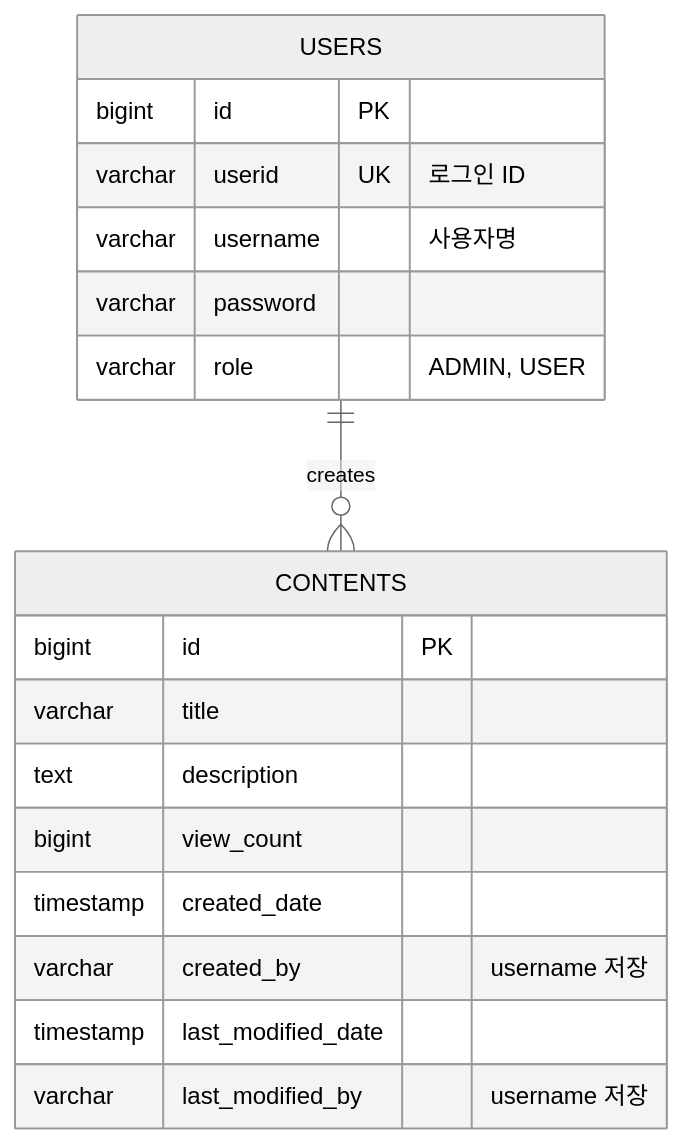
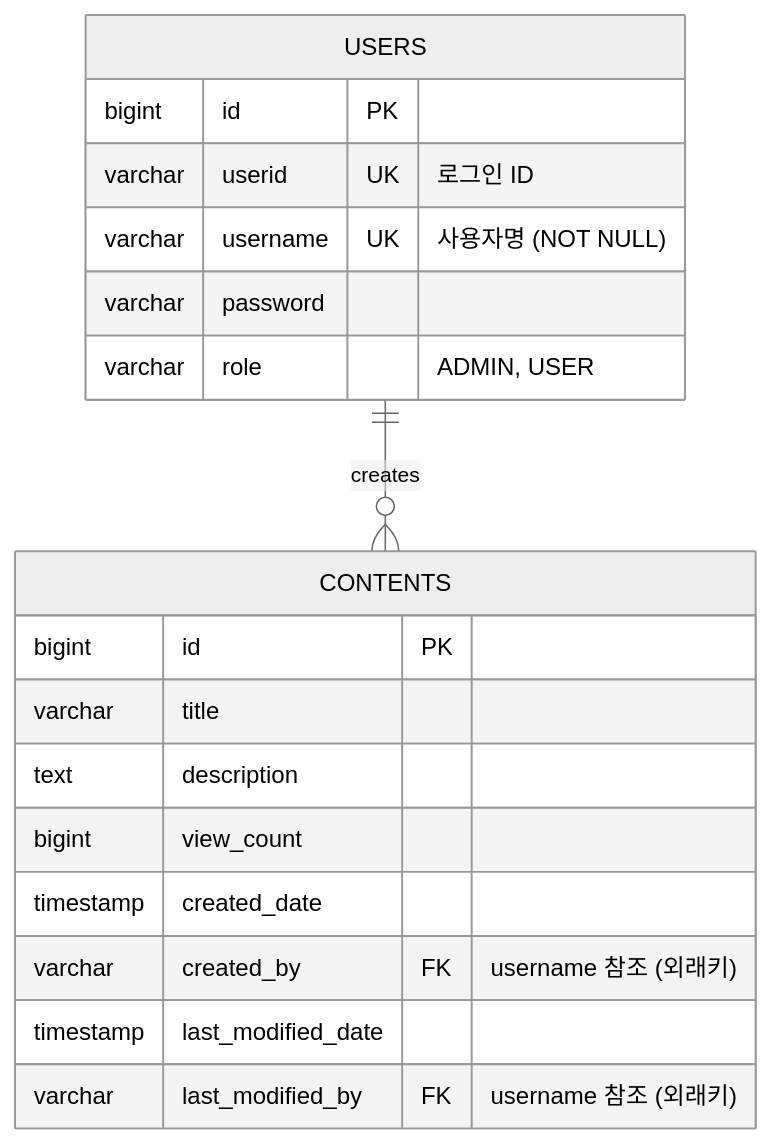
One commit to SeolKey/malgnCms changed the tenth of 10 diagrams in README.md. Above: the diagram before and after it, drawn with Mermaid (neutral theme). The commit also changed other lines of this file and 30 other files, not shown here.

````diff
--- a/README.md
+++ b/README.md
@@ -382,23 +545,23 @@
 ```mermaid
 erDiagram
     USERS ||--o{ CONTENTS : creates
     
     USERS {
         bigint id PK
         varchar userid UK "로그인 ID"
-        varchar username "사용자명"
+        varchar username UK "사용자명 (NOT NULL)"
         varchar password
         varchar role "ADMIN, USER"
     }
     
     CONTENTS {
         bigint id PK
         varchar title
         text description
         bigint view_count
         timestamp created_date
-        varchar created_by "username 저장"
+        varchar created_by FK "username 참조 (외래키)"
         timestamp last_modified_date
-        varchar last_modified_by "username 저장"
+        varchar last_modified_by FK "username 참조 (외래키)"
     }
 ```
````
